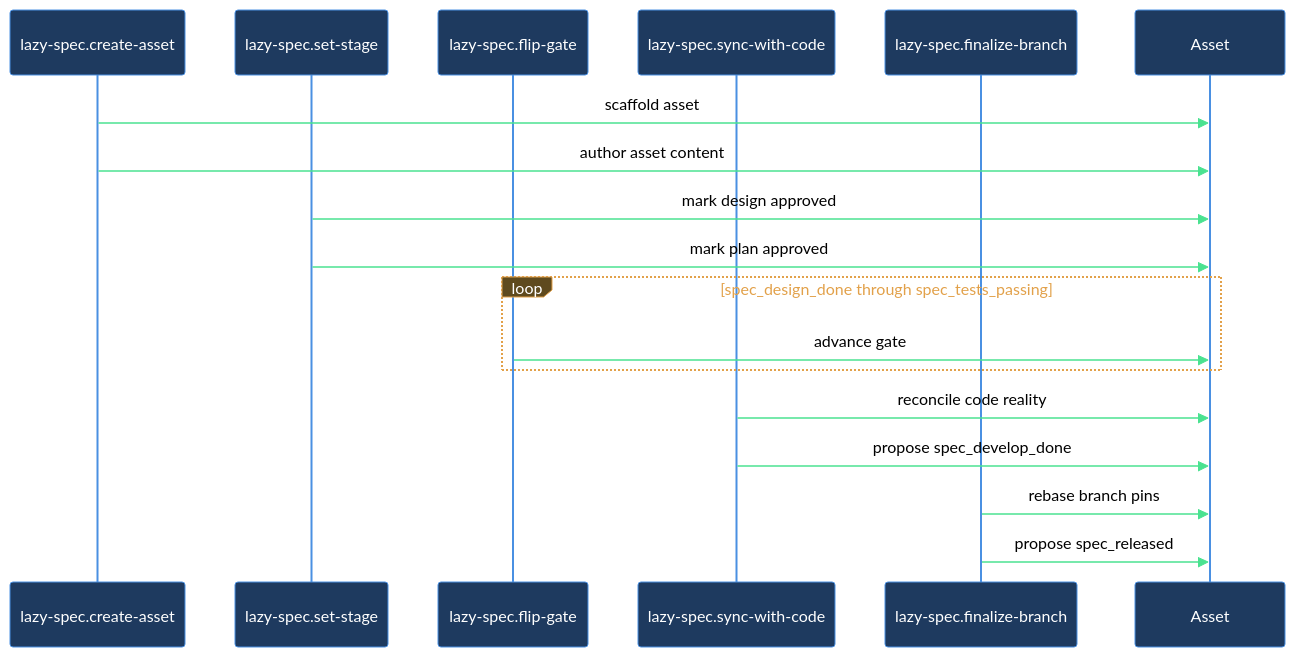
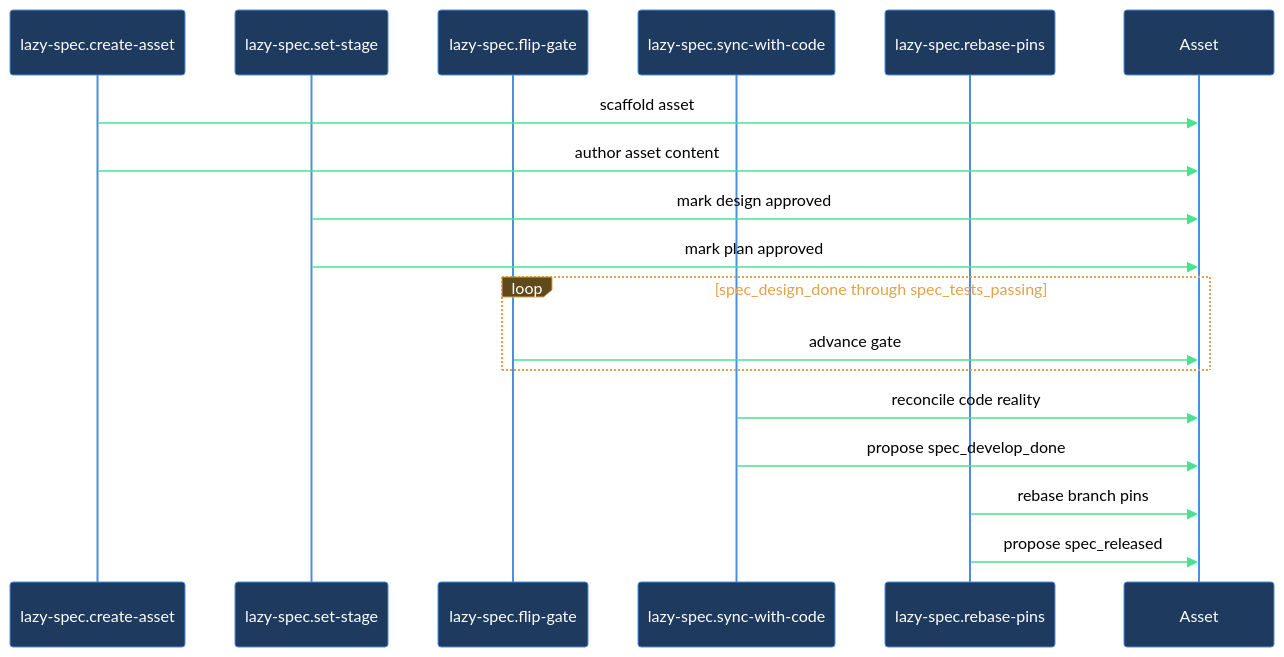
The diagram in claude/lazycortex-specs/help/walkthroughs/asset-to-release.md (mebius-san/lazy-cortex), drawn with Mermaid before and after one commit. The commit also changed other lines of this file and 176 other files, not shown here.

Commit message:
release: core 9.0.0, specs 7.0.0, obsidian 5.0.0, observe 1.0.0, python 4.2.0, review 6.2.3, wiki 2.2.1, experts 1.2.1, diagram 1.1.9

````diff
--- a/claude/lazycortex-specs/help/walkthroughs/asset-to-release.md
+++ b/claude/lazycortex-specs/help/walkthroughs/asset-to-release.md
@@ -155,22 +155,22 @@
 ```mermaid
 %%{init: {'themeVariables':{'background':'transparent','primaryColor':'#1e3a5f','primaryBorderColor':'#4a90e2','primaryTextColor':'#fff','lineColor':'#4ae290','actorBkg':'#1e3a5f','actorBorder':'#4a90e2','actorTextColor':'#fff','actorLineColor':'#4a90e2','signalColor':'#4ae290','signalTextColor':'#000','noteBkgColor':'#5f4a1e','noteBorderColor':'#e2a14a','noteTextColor':'#fff','labelBoxBkgColor':'#5f4a1e','labelBoxBorderColor':'#e2a14a','labelTextColor':'#fff','loopTextColor':'#e2a14a'},'sequence':{'diagramPadding':5,'useMaxWidth':true}}}%%
 sequenceDiagram
   participant creator as lazy-spec.create-asset
   participant stager as lazy-spec.set-stage
   participant gater as lazy-spec.flip-gate
   participant syncer as lazy-spec.sync-with-code
-  participant finalizer as lazy-spec.finalize-branch
+  participant finalizer as lazy-spec.rebase-pins
   participant asset as Asset
 
   creator->>asset: scaffold asset
   creator->>asset: author asset content
   stager->>asset: mark design approved
   stager->>asset: mark plan approved
   loop spec_design_done through spec_tests_passing
     gater->>asset: advance gate
   end
   syncer->>asset: reconcile code reality
   syncer->>asset: propose spec_develop_done
   finalizer->>asset: rebase branch pins
   finalizer->>asset: propose spec_released
 ```
````
